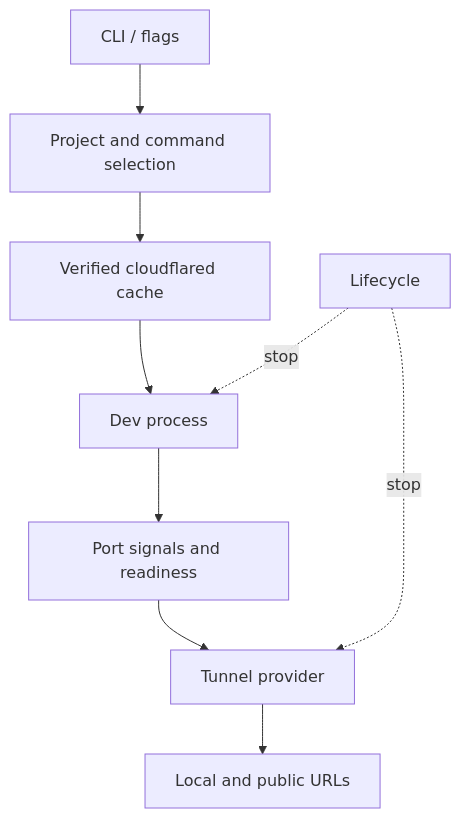
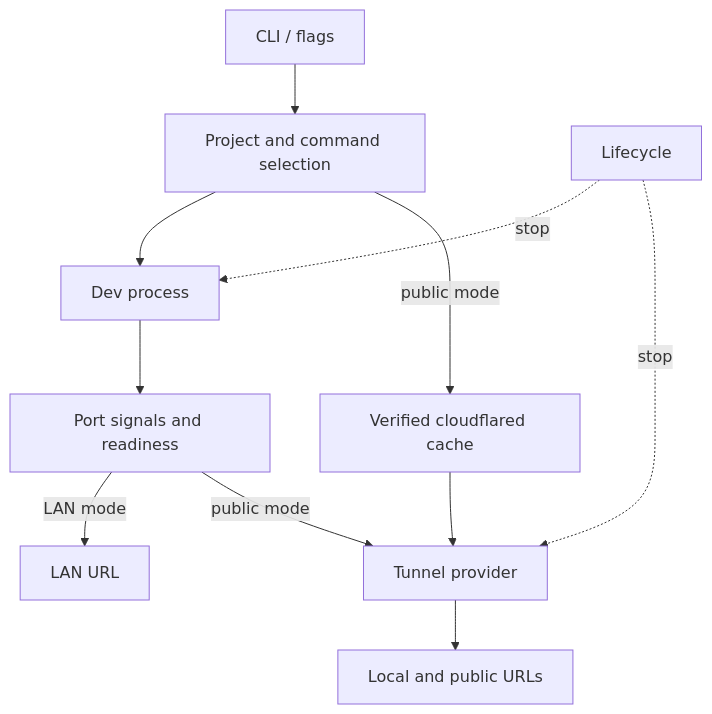
Before and after one commit to radityama/peek: the first of 2 diagrams in docs/ARCHITECTURE.md, drawn with Mermaid. The commit also changed 19 other files, not shown here.

````diff
--- a/docs/ARCHITECTURE.md
+++ b/docs/ARCHITECTURE.md
@@ -8,11 +8,13 @@
 ```mermaid
 flowchart TD
     CLI[CLI / flags] --> Project[Project and command selection]
-    Project --> Binary[Verified cloudflared cache]
-    Binary --> Dev[Dev process]
+    Project --> Dev[Dev process]
     Dev --> Detect[Port signals and readiness]
-    Detect --> Provider[Tunnel provider]
+    Detect -->|LAN mode| LanURL[LAN URL]
+    Project -->|public mode| Binary[Verified cloudflared cache]
+    Binary --> Provider[Tunnel provider]
+    Detect -->|public mode| Provider
     Provider --> URL[Local and public URLs]
     Life[Lifecycle] -. stop .-> Dev
     Life -. stop .-> Provider
 ```
````
